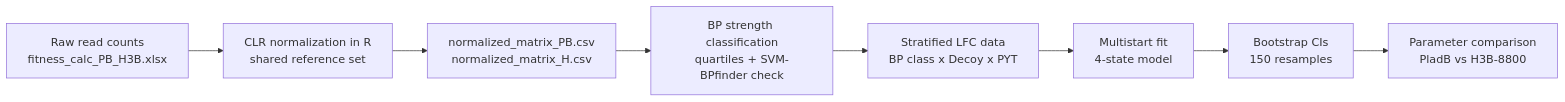
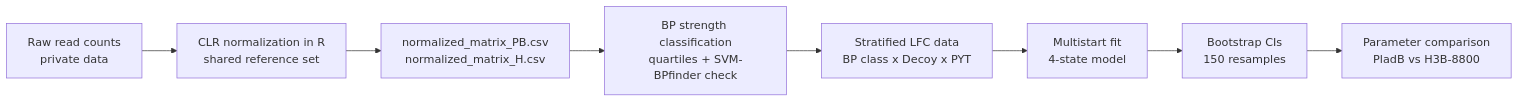
One commit to marcodegennaro/sf3b1-recruitment-kinetics changed the diagram in README.md. Above: the diagram before and after it, drawn with Mermaid. The commit also changed other lines of this file, not shown here.

````diff
--- a/README.md
+++ b/README.md
@@ -34,10 +36,10 @@
 ```mermaid
 flowchart LR
-    A[Raw read counts<br/>fitness_calc_PB_H3B.xlsx] --> B[CLR normalization in R<br/>shared reference set]
+    A[Raw read counts<br/>private data] --> B[CLR normalization in R<br/>shared reference set]
     B --> C[normalized_matrix_PB.csv<br/>normalized_matrix_H.csv]
     C --> D[BP strength classification<br/>quartiles + SVM-BPfinder check]
     D --> E[Stratified LFC data<br/>BP class x Decoy x PYT]
     E --> F[Multistart fit<br/>4-state model]
     F --> G[Bootstrap CIs<br/>150 resamples]
     G --> H[Parameter comparison<br/>PladB vs H3B-8800]
 ```
````
